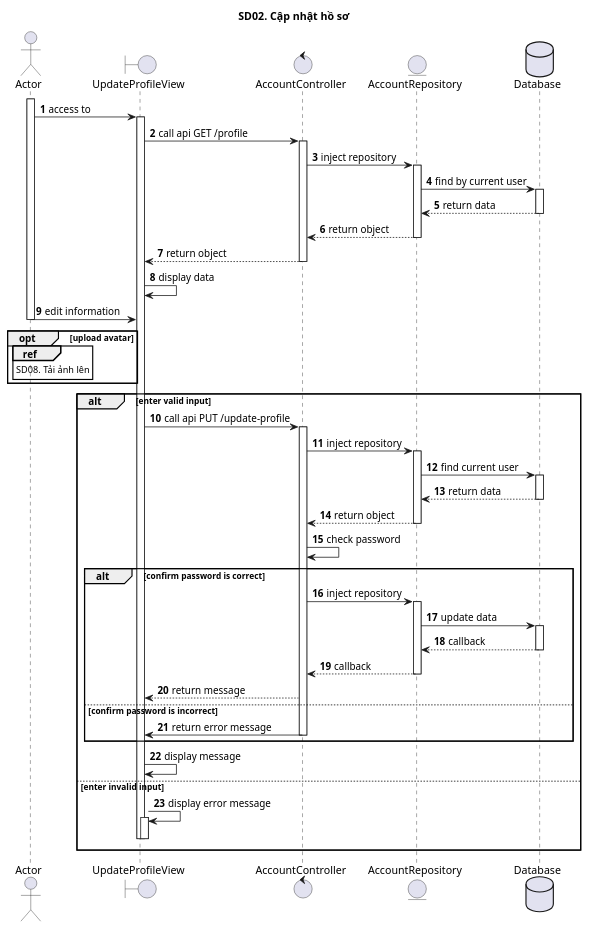
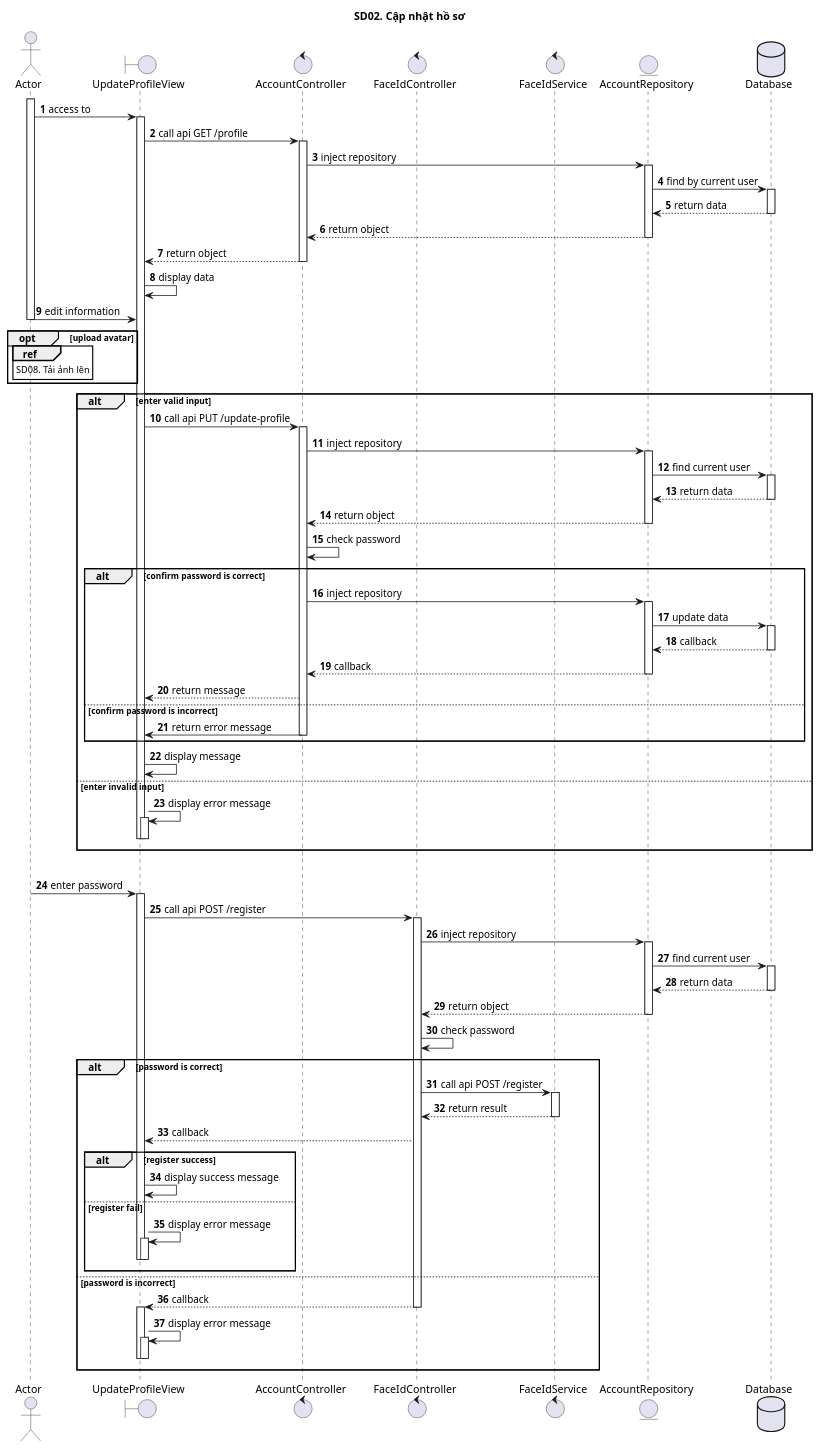
Before and after one commit to ITZ-Developers/kltn-fm-storage: the diagram in uml-diagrams/02_CapNhatHoSo/sd2.puml, drawn with PlantUML. The commit also changed 2 other files, not shown here.

```diff
--- a/uml-diagrams/02_CapNhatHoSo/sd2.puml
+++ b/uml-diagrams/02_CapNhatHoSo/sd2.puml
@@ -1,65 +1,106 @@
 @startuml SQ
 autonumber
 title SD02. Cập nhật hồ sơ
 actor "Actor" as actor
 boundary "UpdateProfileView" as view
 control "AccountController" as controller
+control "FaceIdController" as faceIdController
+control "FaceIdService" as faceIdService
 entity "AccountRepository" as model
 database "Database" as database
 activate actor
 actor -> view : access to
 activate view
 view -> controller : call api GET /profile
 activate controller
 controller -> model : inject repository
 activate model
 model -> database : find by current user
 activate database
 database --> model : return data
 deactivate database
 model --> controller : return object
 deactivate model
 controller --> view : return object
 deactivate controller
 view -> view: display data
 actor -> view : edit information
 deactivate actor
 opt upload avatar
 ref over actor
 SD08. Tải ảnh lên
 end ref
 end
 alt enter valid input
 view -> controller : call api PUT /update-profile
 activate controller
 controller -> model : inject repository
 activate model
 model -> database : find current user
 activate database
 database --> model : return data
 deactivate database
 model --> controller : return object
 deactivate model
 controller -> controller: check password
 alt confirm password is correct
 controller -> model : inject repository
 activate model
 model -> database : update data
 activate database
 database --> model : callback
 deactivate database
 model --> controller : callback
 deactivate model
 controller --> view : return message
 else confirm password is incorrect
 controller -> view: return error message
 deactivate controller
 end
 view -> view: display message
 else enter invalid input
 view -> view: display error message
 activate view
 deactivate view
 deactivate view
 end
+opt register face id
+activate actor
+actor -> view: enter password
+activate view
+view -> faceIdController: call api POST /register
+activate faceIdController
+faceIdController -> model: inject repository
+activate model
+model -> database: find current user
+activate database
+database --> model: return data
+deactivate database
+model --> faceIdController: return object
+deactivate model
+faceIdController -> faceIdController: check password
+alt password is correct
+faceIdController -> faceIdService: call api POST /register
+activate faceIdService
+faceIdService --> faceIdController: return result
+deactivate faceIdService
+faceIdController --> view: callback
+alt register success
+view -> view: display success message
+else register fail
+view -> view: display error message
+activate view
+deactivate view
+deactivate view
+end
+else password is incorrect
+activate faceIdController
+faceIdController --> view: callback
+deactivate faceIdController
+activate view
+view -> view: display error message
+activate view
+deactivate view
+deactivate view
+end
 @enduml
```
